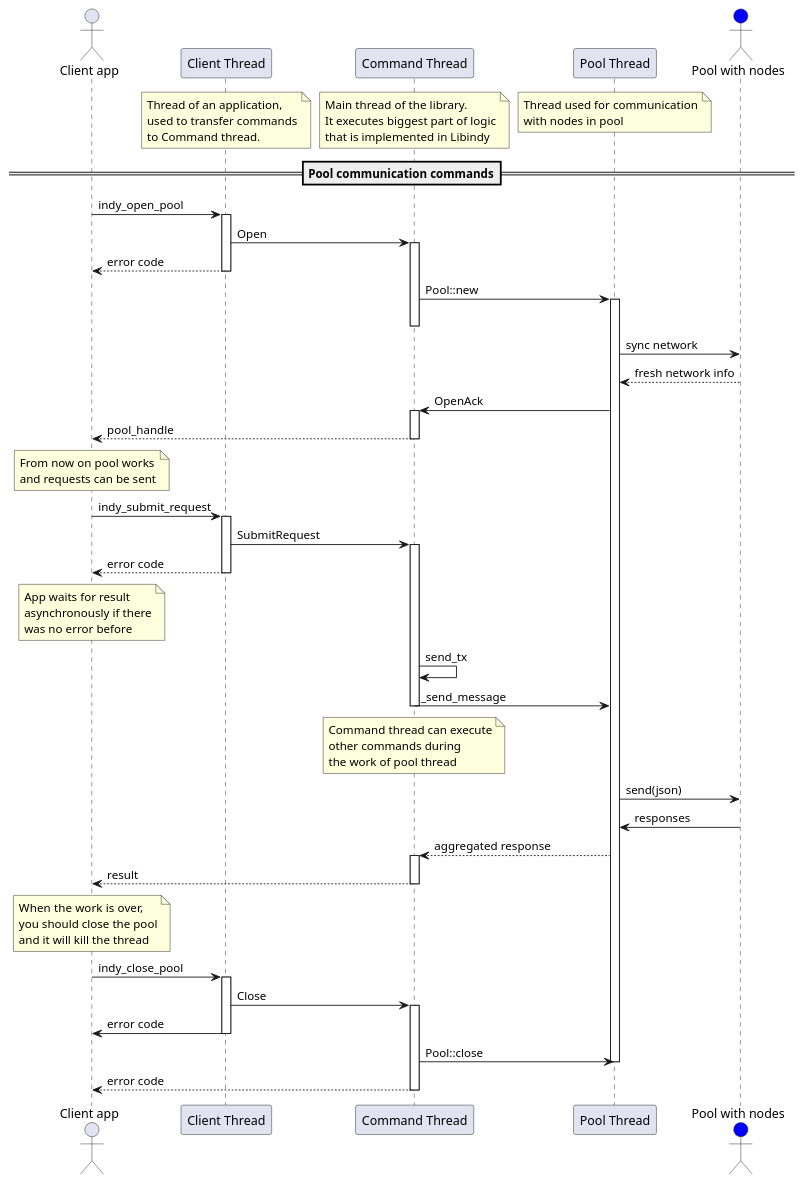
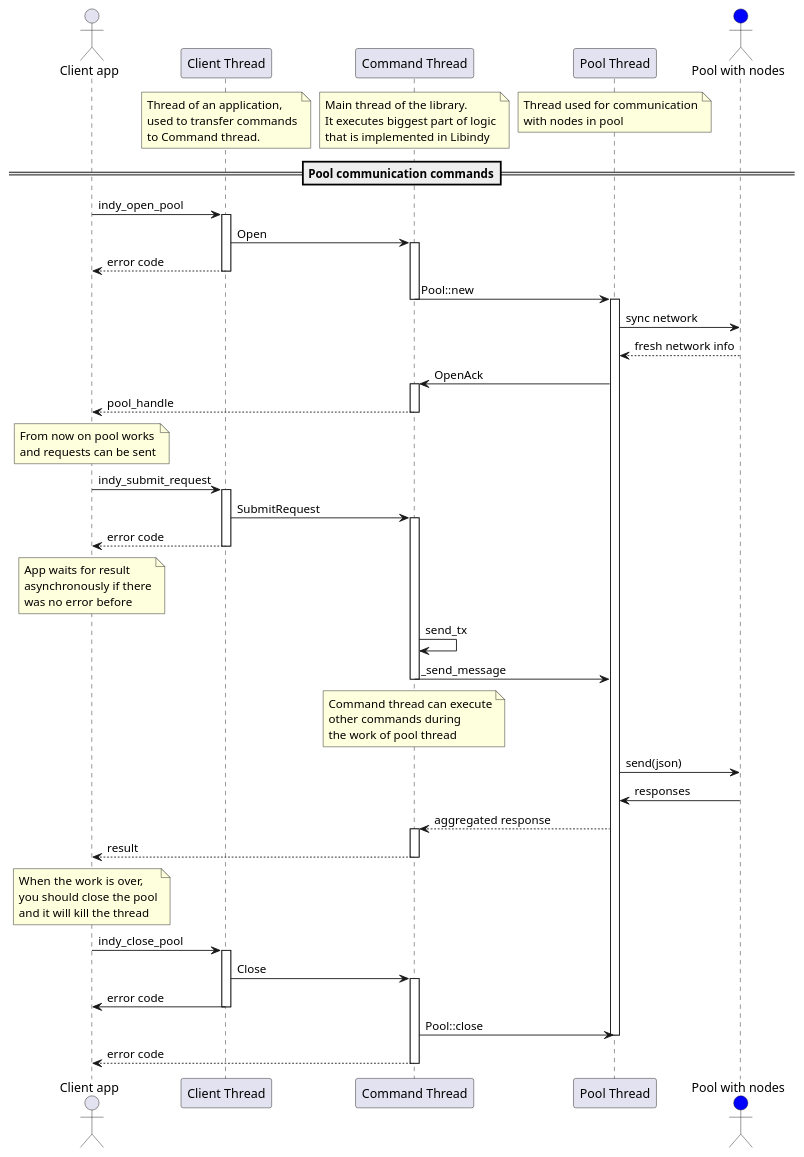
Before and after one commit to hyperledger-archives/indy-sdk: the diagram in docs/architecture/pool_communication_threading.puml, drawn with PlantUML. The commit also changed other lines of this file, not shown here.

```diff
--- a/docs/architecture/pool_communication_threading.puml
+++ b/docs/architecture/pool_communication_threading.puml
@@ -1,86 +1,86 @@
 @startuml
 actor "Client app" as App
 participant "Client Thread" as Client
 note over Client
     Thread of an application,
     used to transfer commands
     to Command thread.
 end note
 participant "Command Thread" as Command
 / note over Command
     Main thread of the library.
     It executes biggest part of logic
     that is implemented in Libindy
 end note
 participant "Pool Thread" as Pool
 / note over Pool
     Thread used for communication
     with nodes in pool
 end note
 actor "Pool with nodes" as Nodes #blue
 ==Pool communication commands==
 App -> Client: indy_open_pool
 activate Client
 Client -> Command: Open
 activate Command
 Client --> App: error code
 deactivate Client
 Command -> Pool: Pool::new
+deactivate Command
 activate Pool
-deactivate Command
 Pool -> Nodes: sync network
 Nodes --> Pool: fresh network info
 Pool -> Command: OpenAck
 activate Command
 Command --> App: pool_handle
 deactivate Command
 
 note over App
     From now on pool works
     and requests can be sent
 end note
 
 App -> Client: indy_submit_request
 activate Client
 Client -> Command: SubmitRequest
 activate Command
 Client --> App: error code
 deactivate Client
 
 note over App
     App waits for result
     asynchronously if there
     was no error before
 end note
 Command -> Command: send_tx
 Command -> Pool: _send_message
 note over Command
     Command thread can execute
     other commands during
     the work of pool thread
 end note
 deactivate Command
 Pool -> Nodes: send(json)
 Nodes -> Pool: responses
 Pool --> Command: aggregated response
 activate Command
 Command --> App: result
 deactivate Command
 
 note over App
     When the work is over,
     you should close the pool
     and it will kill the thread
 end note
 
 App -> Client: indy_close_pool
 activate Client
 Client -> Command: Close
 activate Command
 Client -> App: error code
 deactivate Client
 Command -> Pool: Pool::close
 deactivate Pool
 Command --> App: error code
 deactivate Command
 @enduml
```
